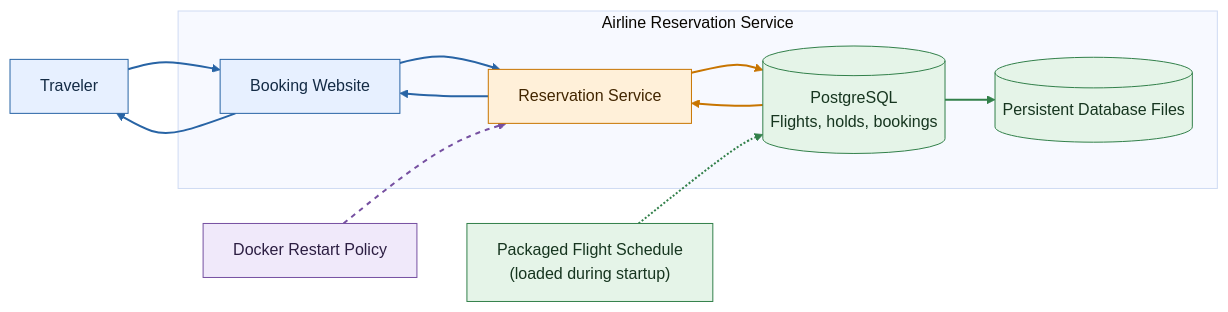
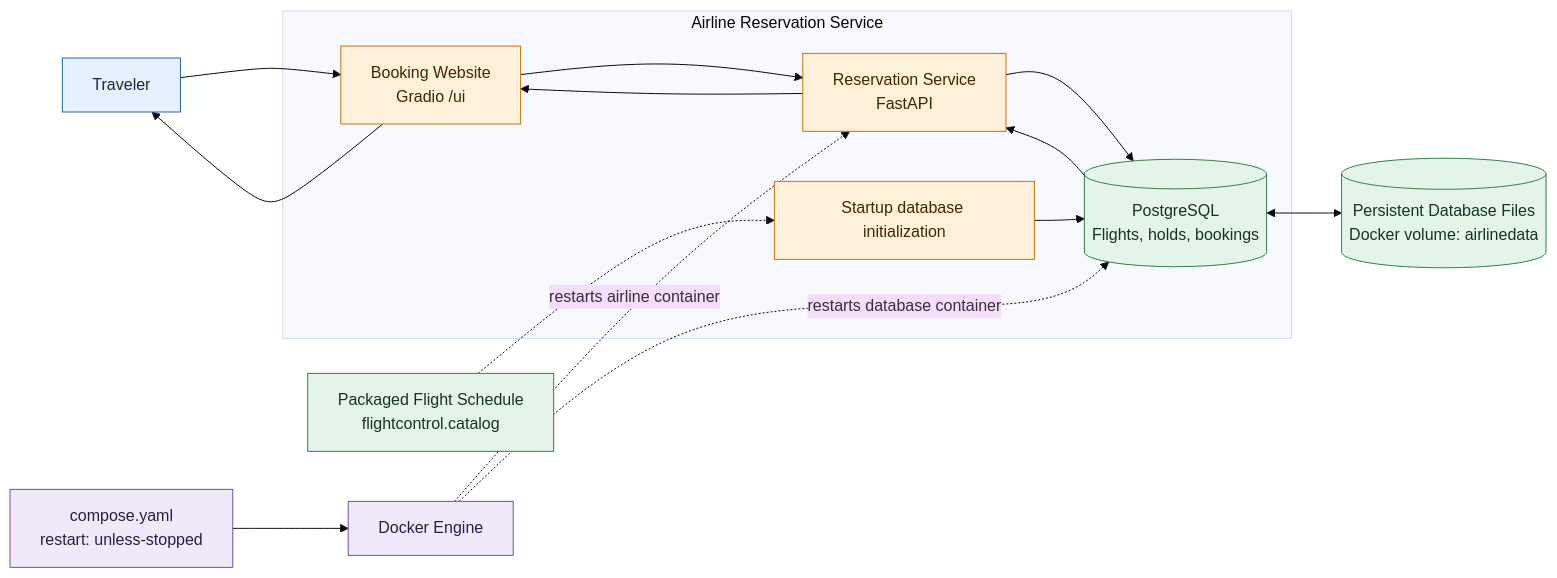
The first of 3 diagrams in DATA_FLOW_DIAGRAM.md (LPahlas/flight-control), drawn with Mermaid (base theme) before and after one commit. The commit also changed other lines of this file, not shown here.

````diff
--- a/DATA_FLOW_DIAGRAM.md
+++ b/DATA_FLOW_DIAGRAM.md
@@ -80,46 +8,37 @@
 ```mermaid
 flowchart LR
     traveler["Traveler"]
     subgraph airline["Airline Reservation Service"]
-        website["Booking Website"]
-        service["Reservation Service"]
+        website["Booking Website<br/>Gradio /ui"]
+        service["Reservation Service<br/>FastAPI"]
+        startup["Startup database initialization"]
         database[("PostgreSQL<br/>Flights, holds, bookings")]
-        disk[("Persistent Database Files")]
     end
-
-    
-
-    catalog["Packaged Flight Schedule<br/>(loaded during startup)"]
-    docker["Docker Restart Policy"]
+    disk[("Persistent Database Files<br/>Docker volume: airlinedata")]
+    catalog["Packaged Flight Schedule<br/>flightcontrol.catalog"]
+    compose["compose.yaml<br/>restart: unless-stopped"]
+    docker["Docker Engine"]
 
     traveler --> website
     website --> service
     service --> website
     website --> traveler
-
     service --> database
     database --> service
-    catalog -.-> database
-    database --> disk
-    docker -.-> service
-
-    
+    catalog -.-> startup
+    startup --> database
+    database <--> disk
+    compose --> docker
+    docker -.->|"restarts airline container"| service
+    docker -.->|"restarts database container"| database
 
     classDef user fill:#e7f0ff,stroke:#2864a5,color:#142b45
     classDef process fill:#fff0d9,stroke:#c87500,color:#422600
     classDef data fill:#e5f4e8,stroke:#32804a,color:#16351f
     classDef recovery fill:#f0e9fa,stroke:#7650a1,color:#2c1e42
-    classDef test fill:#f1f2f4,stroke:#626b75,color:#252a30
 
-    class traveler,website user
-    class service process
+    class traveler user
+    class website,service,startup process
     class database,disk,catalog data
-    class docker recovery
-    
-
-    linkStyle 0,1,2,3 stroke:#2864a5,stroke-width:2px
-    linkStyle 4,5 stroke:#c87500,stroke-width:2px
-    linkStyle 6,7 stroke:#32804a,stroke-width:2px
-    linkStyle 8 stroke:#7650a1,stroke-width:2px,stroke-dasharray:5 5
-    
+    class compose,docker recovery
 ```
````
